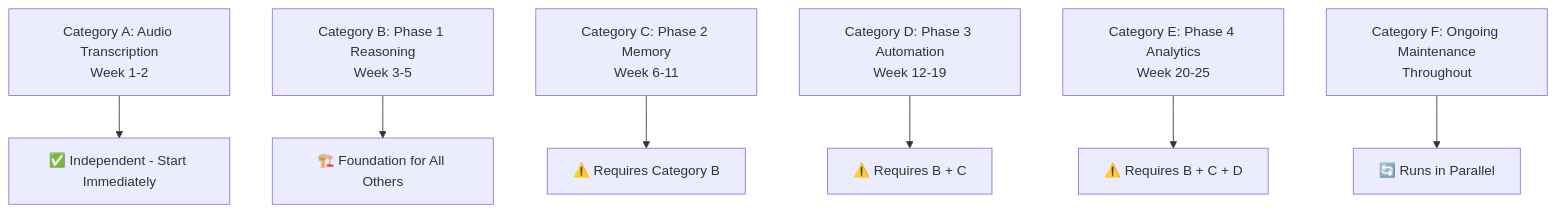
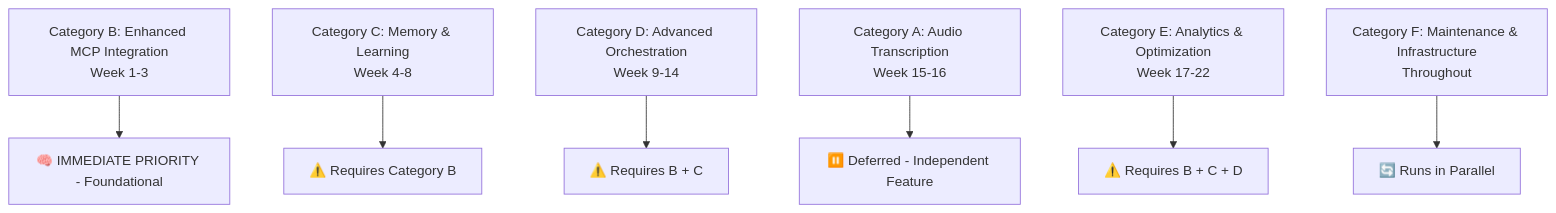
Before and after one commit to joelfuller2016/FLUJO: the diagram in PROJECT_PLAN.md, drawn with Mermaid. The commit also changed other lines of this file, not shown here.

First line of the commit message:
🧠 UPDATE: Prioritize MCP Intelligence Enhancement over Audio Transcription

````diff
--- a/PROJECT_PLAN.md
+++ b/PROJECT_PLAN.md
@@ -26,9 +21,9 @@
 ```mermaid
 graph TD
-    A[Category A: Audio Transcription<br/>Week 1-2] --> A_READY[✅ Independent - Start Immediately]
-    B[Category B: Phase 1 Reasoning<br/>Week 3-5] --> B_FOUNDATION[🏗️ Foundation for All Others]
-    C[Category C: Phase 2 Memory<br/>Week 6-11] --> C_DEPENDS[⚠️ Requires Category B]
-    D[Category D: Phase 3 Automation<br/>Week 12-19] --> D_DEPENDS[⚠️ Requires B + C]
-    E[Category E: Phase 4 Analytics<br/>Week 20-25] --> E_DEPENDS[⚠️ Requires B + C + D]
-    F[Category F: Ongoing Maintenance<br/>Throughout] --> F_PARALLEL[🔄 Runs in Parallel]
+    B[Category B: Enhanced MCP Integration<br/>Week 1-3] --> B_PRIORITY[🧠 IMMEDIATE PRIORITY - Foundational]
+    C[Category C: Memory & Learning<br/>Week 4-8] --> C_DEPENDS[⚠️ Requires Category B]
+    D[Category D: Advanced Orchestration<br/>Week 9-14] --> D_DEPENDS[⚠️ Requires B + C]
+    A[Category A: Audio Transcription<br/>Week 15-16] --> A_DEFERRED[⏸️ Deferred - Independent Feature]
+    E[Category E: Analytics & Optimization<br/>Week 17-22] --> E_DEPENDS[⚠️ Requires B + C + D]
+    F[Category F: Maintenance & Infrastructure<br/>Throughout] --> F_PARALLEL[🔄 Runs in Parallel]
 ```
````
